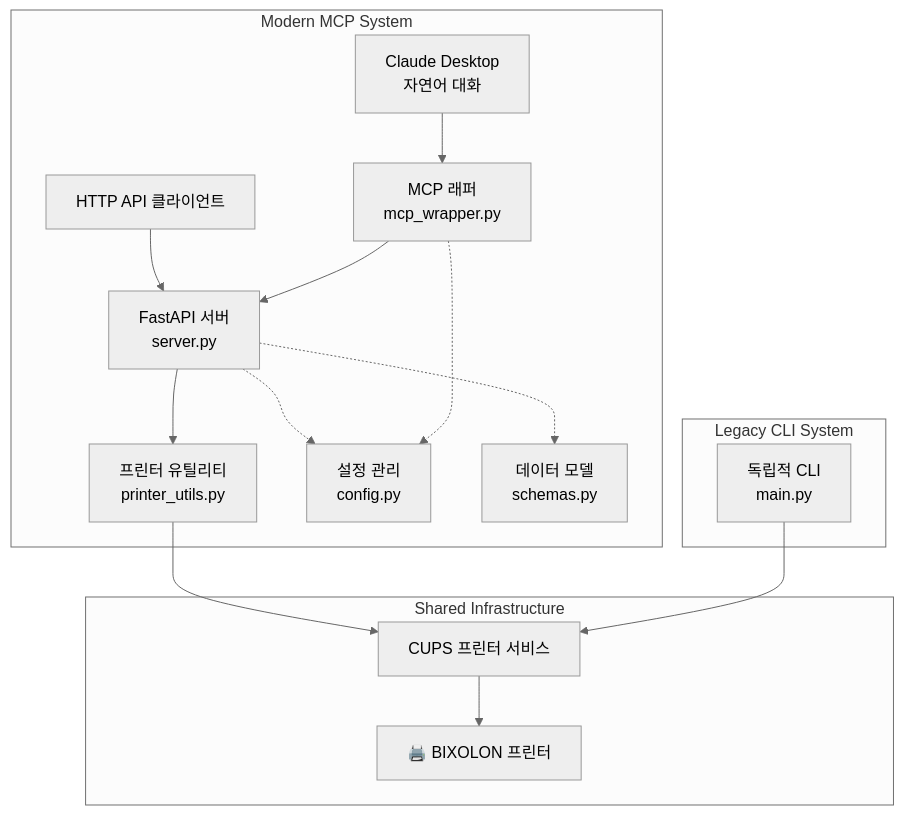
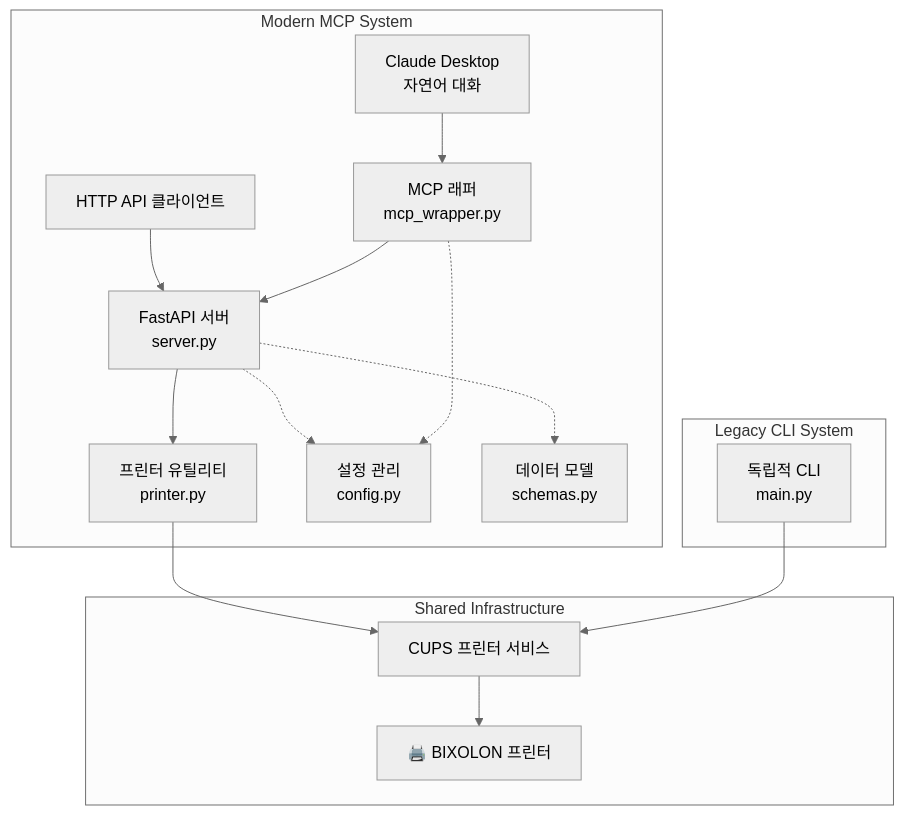
One commit to nicewook/receipt-printer changed the first of 5 diagrams in docs/architecture-overview.md. Above: the diagram before and after it, drawn with Mermaid (neutral theme). The commit also changed other lines of this file and 11 other files, not shown here.

First line of the commit message:
refactor: Rename printer_utils.py to printer.py for better semantic clarity

````diff
--- a/docs/architecture-overview.md
+++ b/docs/architecture-overview.md
@@ -11,36 +11,36 @@
 ```mermaid
 graph TB
     subgraph "Modern MCP System"
         CLAUDE[Claude Desktop<br/>자연어 대화]
         HTTP[HTTP API 클라이언트]
         MCP[MCP 래퍼<br/>mcp_wrapper.py]
         FASTAPI[FastAPI 서버<br/>server.py]
-        UTILS[프린터 유틸리티<br/>printer_utils.py]
+        UTILS[프린터 유틸리티<br/>printer.py]
         CONFIG[설정 관리<br/>config.py]
         SCHEMAS[데이터 모델<br/>schemas.py]
     end
     
     subgraph "Legacy CLI System"
         CLI[독립적 CLI<br/>main.py]
     end
     
     subgraph "Shared Infrastructure"
         CUPS[CUPS 프린터 서비스]
         PRINTER[🖨️ BIXOLON 프린터]
     end
     
     CLAUDE --> MCP
     HTTP --> FASTAPI
     MCP --> FASTAPI
     FASTAPI --> UTILS
     UTILS --> CUPS
     
     CLI --> CUPS
     
     CUPS --> PRINTER
     
     FASTAPI -.-> CONFIG
     FASTAPI -.-> SCHEMAS
     MCP -.-> CONFIG
     
 ```
````
